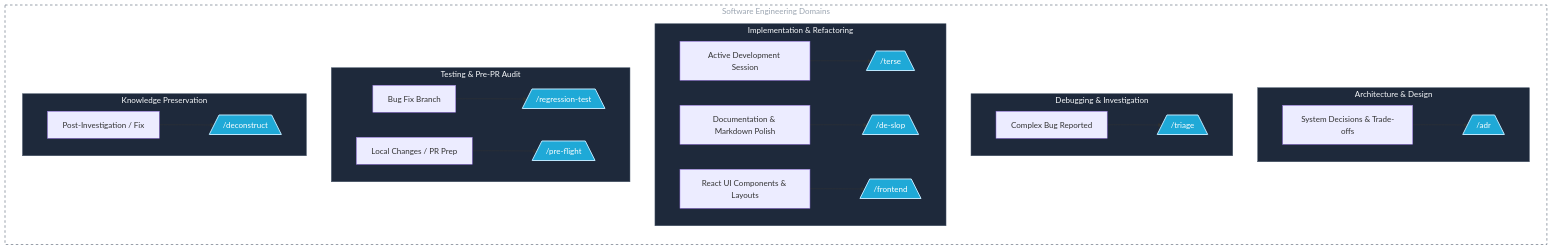
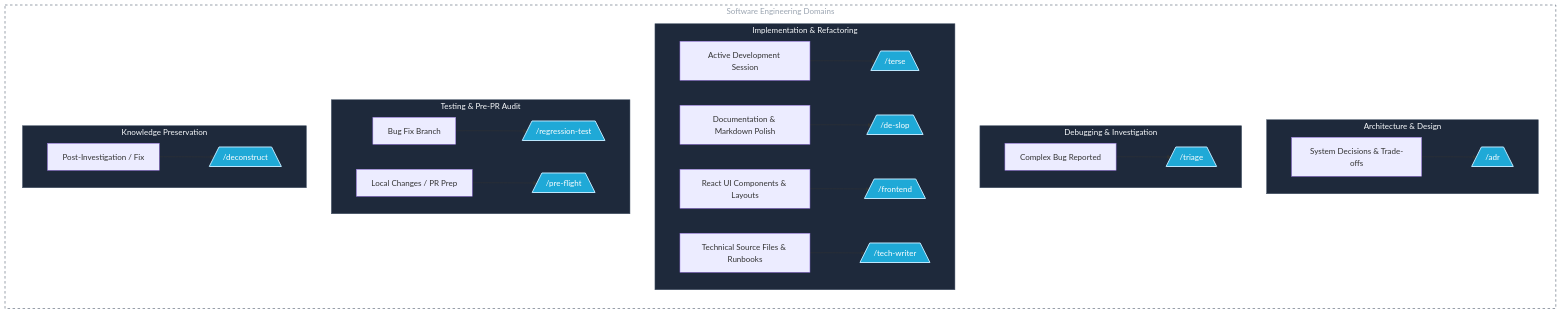
The diagram in README.md (mariquit/ass), drawn with Mermaid before and after one commit. The commit also changed other lines of this file, not shown here.

````diff
--- a/README.md
+++ b/README.md
@@ -34,38 +37,40 @@
 ```mermaid
 graph TD
     subgraph SDLC ["Software Engineering Domains"]
         direction TB
         
         subgraph S1 ["Architecture & Design"]
             A[System Decisions & Trade-offs] --> B[/"/adr"\]
         end
 
         subgraph S2 ["Debugging & Investigation"]
             C[Complex Bug Reported] --> D[/"/triage"\]
         end
 
         subgraph S3 ["Implementation & Refactoring"]
             E[Active Development Session] --> F[/"/terse"\]
             G[Documentation & Markdown Polish] --> H[/"/de-slop"\]
             O[React UI Components & Layouts] --> P[/"/frontend"\]
+            Q[Technical Source Files & Runbooks] --> R[/"/tech-writer"\]
         end
 
         subgraph S4 ["Testing & Pre-PR Audit"]
             I[Bug Fix Branch] --> J[/"/regression-test"\]
             K[Local Changes / PR Prep] --> L[/"/pre-flight"\]
         end
 
         subgraph S5 ["Knowledge Preservation"]
             M[Post-Investigation / Fix] --> N[/"/deconstruct"\]
         end
     end
 
     classDef skill fill:#1fa9d7,stroke:#bae6fd,stroke-width:2px,color:#fff;
-    class B,D,F,H,J,L,N,P skill;
+    class B,D,F,H,J,L,N,P,R skill;
 
     style SDLC fill:none,stroke:#334155,stroke-width:1px,stroke-dasharray: 5 5,color:#9ba5b1
 
     %% Subgraph Styling
     classDef domain fill:#1e293b,stroke:#475569,stroke-width:1px,color:#f8fafc
     class S1,S2,S3,S4,S5 domain;
+
 ```
````
